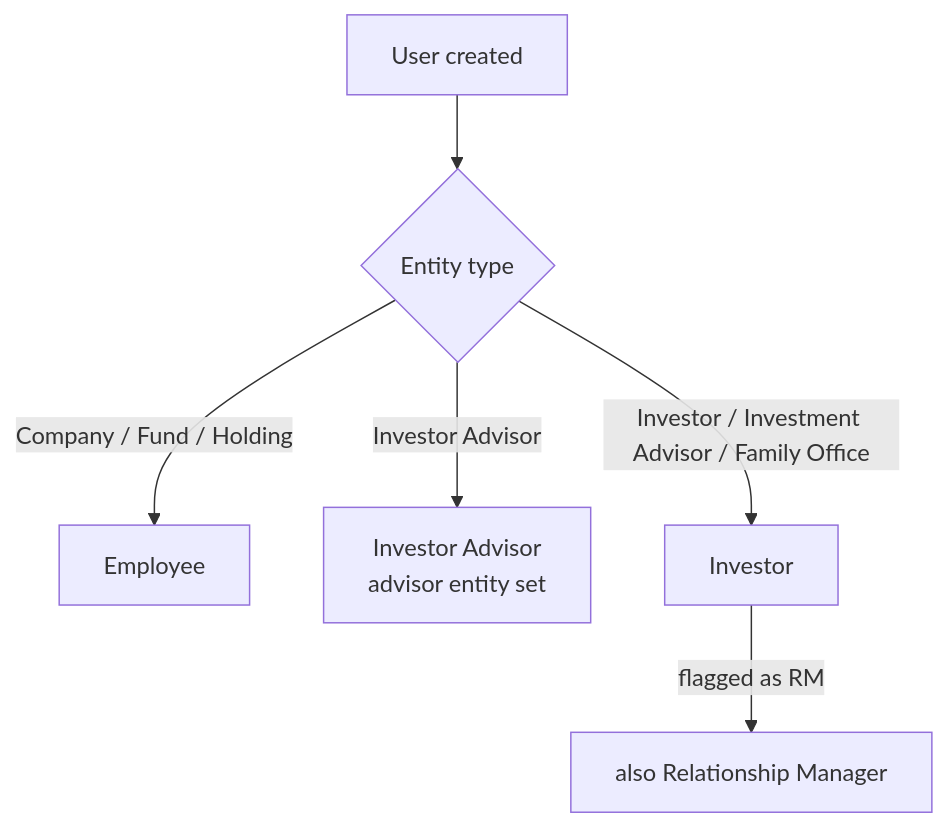
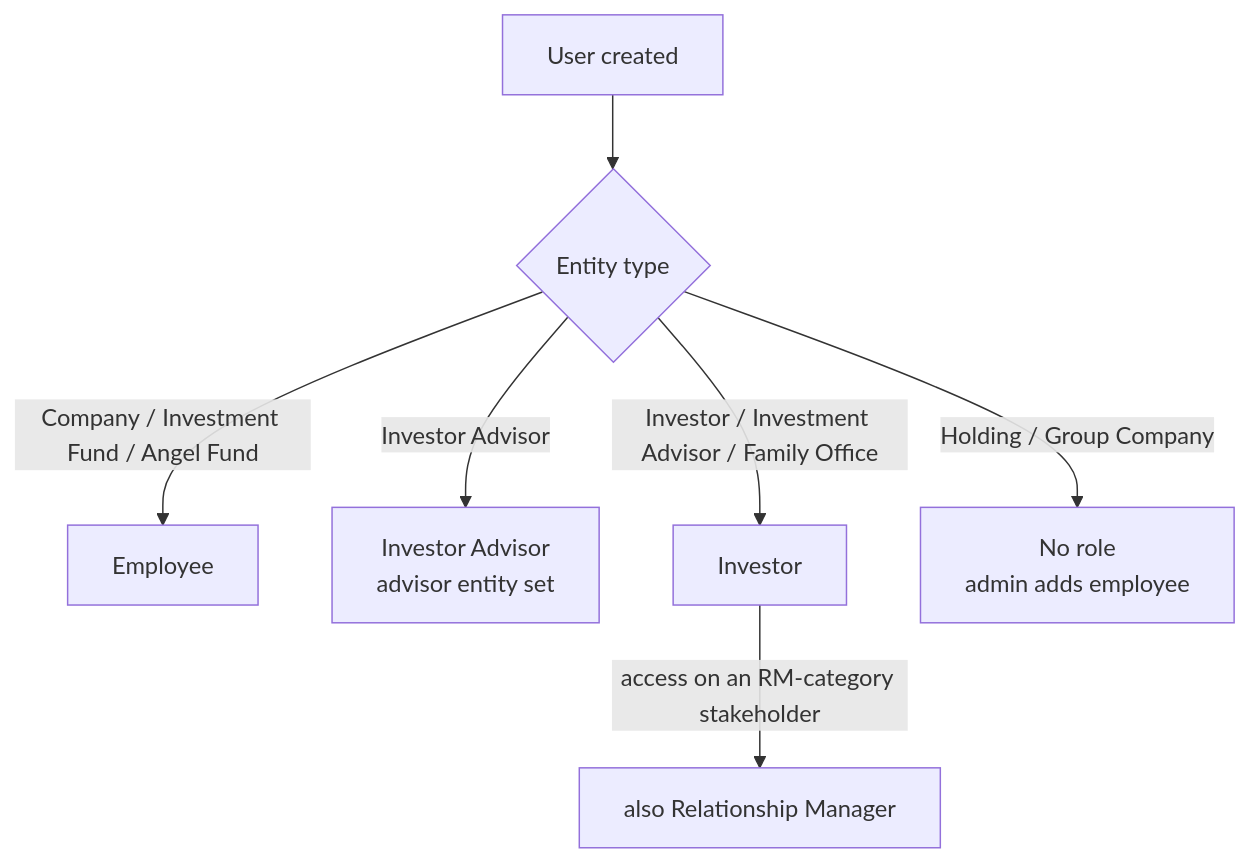
The second of 4 diagrams in docs/user_guides/user_role_management_user_guide.md (sampadadiwan/IRM_CompanyMain), drawn with Mermaid before and after one commit. The commit also changed other lines of this file and 135 other files, not shown here.

````diff
--- a/docs/user_guides/user_role_management_user_guide.md
+++ b/docs/user_guides/user_role_management_user_guide.md
@@ -77,8 +80,9 @@
 ```mermaid
 flowchart TD
     A[User created] --> B{Entity type}
-    B -->|Company / Fund / Holding| C[Employee]
+    B -->|Company / Investment Fund / Angel Fund| C[Employee]
     B -->|Investor Advisor| D[Investor Advisor<br/>advisor entity set]
     B -->|Investor / Investment Advisor / Family Office| E[Investor]
-    E -->|flagged as RM| F[also Relationship Manager]
+    B -->|Holding / Group Company| G[No role<br/>admin adds employee]
+    E -->|access on an RM-category stakeholder| F[also Relationship Manager]
 ```
````
